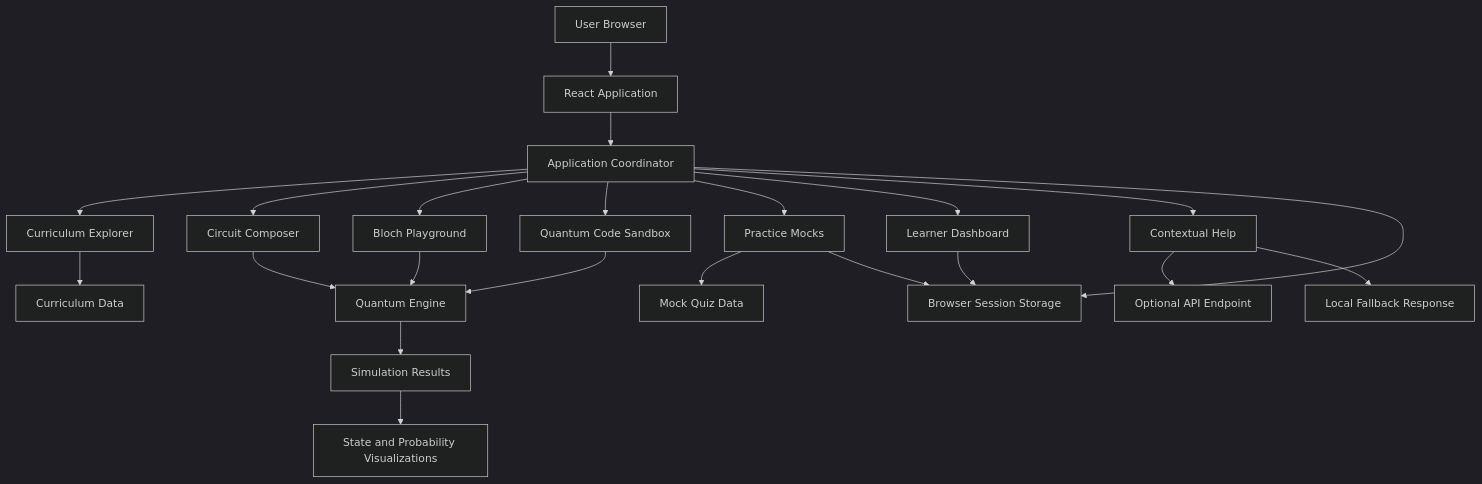
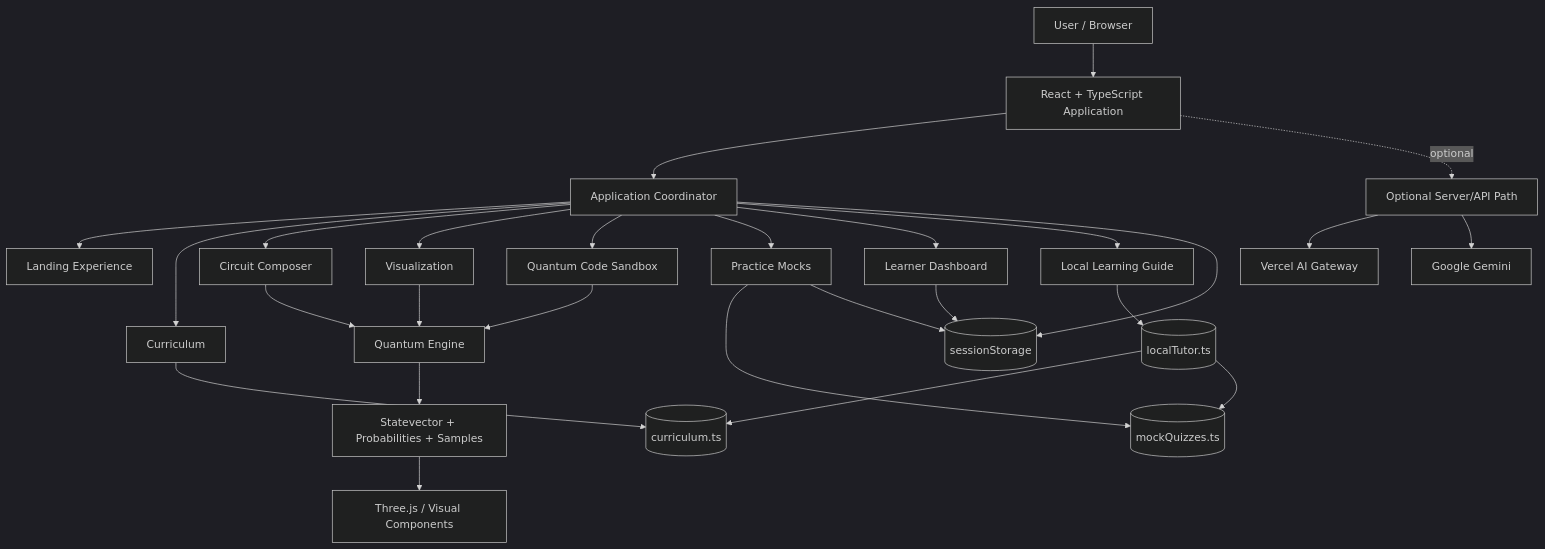
The first of 5 diagrams in README.md (chamanvashishth/Qubit_Lab), drawn with Mermaid (dark theme) before and after one commit. The commit also changed other lines of this file, not shown here.

Commit message:
docs: overhaul README for current architecture and deployment

````diff
--- a/README.md
+++ b/README.md
@@ -163,31 +176,38 @@
 ```mermaid
 flowchart TB
-    U[User Browser] --> F[React Application]
+    USER[User / Browser]
+    USER --> APP[React + TypeScript Application]
 
-    F --> APP[Application Coordinator]
+    APP --> ROUTER[Application Coordinator]
 
-    APP --> CUR[Curriculum Explorer]
-    APP --> CIR[Circuit Composer]
-    APP --> BLOCH[Bloch Playground]
-    APP --> CODE[Quantum Code Sandbox]
-    APP --> QUIZ[Practice Mocks]
-    APP --> DASH[Learner Dashboard]
-    APP --> CHAT[Contextual Help]
+    ROUTER --> LANDING[Landing Experience]
+    ROUTER --> CURRICULUM[Curriculum]
+    ROUTER --> CIRCUIT[Circuit Composer]
+    ROUTER --> VISUALS[Visualization]
+    ROUTER --> SANDBOX[Quantum Code Sandbox]
+    ROUTER --> QUIZ[Practice Mocks]
+    ROUTER --> DASHBOARD[Learner Dashboard]
+    ROUTER --> GUIDE[Local Learning Guide]
 
-    CUR --> DATA[Curriculum Data]
-    QUIZ --> QUIZDATA[Mock Quiz Data]
+    CURRICULUM --> CURRICULUM_DATA[(curriculum.ts)]
+    QUIZ --> QUIZ_DATA[(mockQuizzes.ts)]
 
-    CIR --> ENGINE[Quantum Engine]
-    BLOCH --> ENGINE
-    CODE --> ENGINE
+    CIRCUIT --> ENGINE[Quantum Engine]
+    SANDBOX --> ENGINE
+    VISUALS --> ENGINE
+    ENGINE --> STATE[Statevector + Probabilities + Samples]
+    STATE --> THREE[Three.js / Visual Components]
 
-    ENGINE --> RESULT[Simulation Results]
-    RESULT --> VIS[State and Probability Visualizations]
+    ROUTER --> SESSION[(sessionStorage)]
+    QUIZ --> SESSION
+    DASHBOARD --> SESSION
 
-    APP --> SESSION[Browser Session Storage]
-    QUIZ --> SESSION
-    DASH --> SESSION
+    GUIDE --> LOCAL[(localTutor.ts)]
+    LOCAL --> CURRICULUM_DATA
+    LOCAL --> QUIZ_DATA
 
-    CHAT --> OPTIONAL[Optional API Endpoint]
-    CHAT --> FALLBACK[Local Fallback Response]
+    OPTIONAL[Optional Server/API Path]
+    APP -. optional .-> OPTIONAL
+    OPTIONAL --> GATEWAY[Vercel AI Gateway]
+    OPTIONAL --> GEMINI[Google Gemini]
 ```
````
